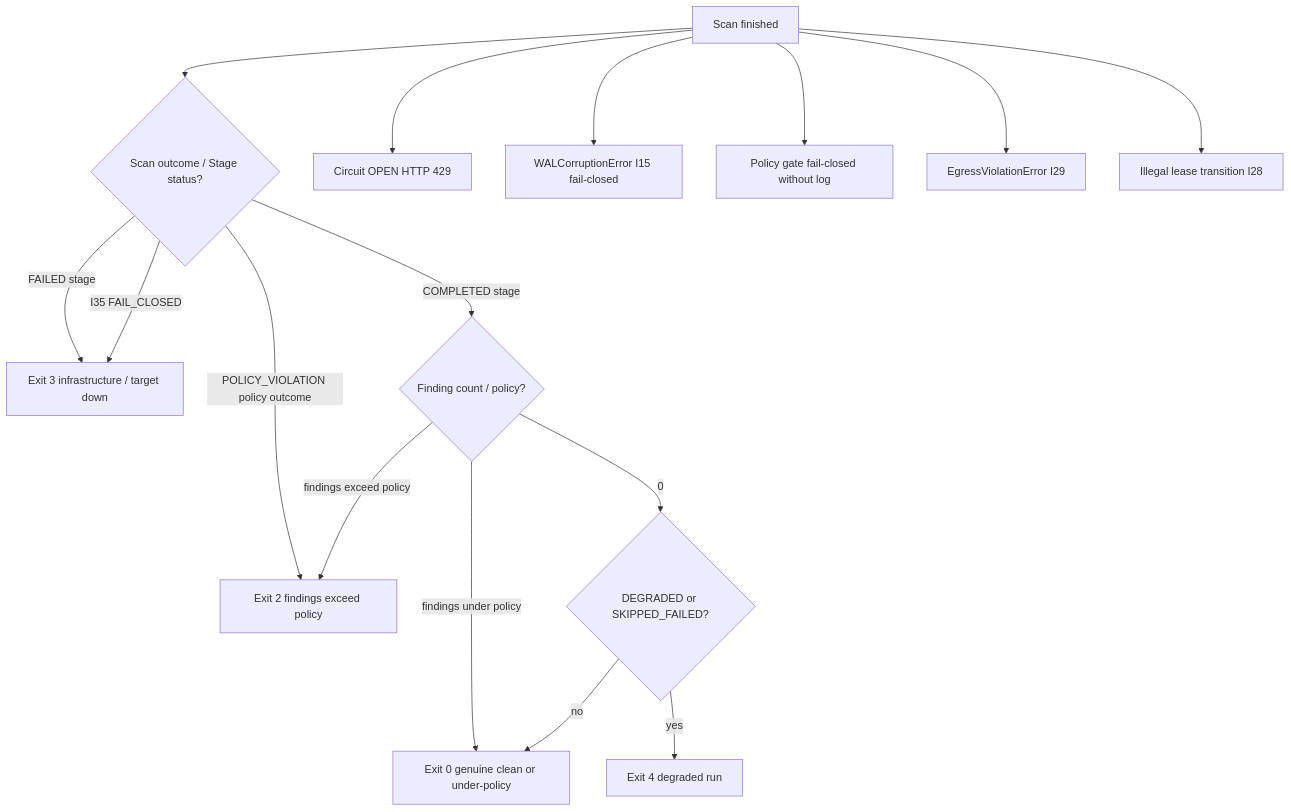
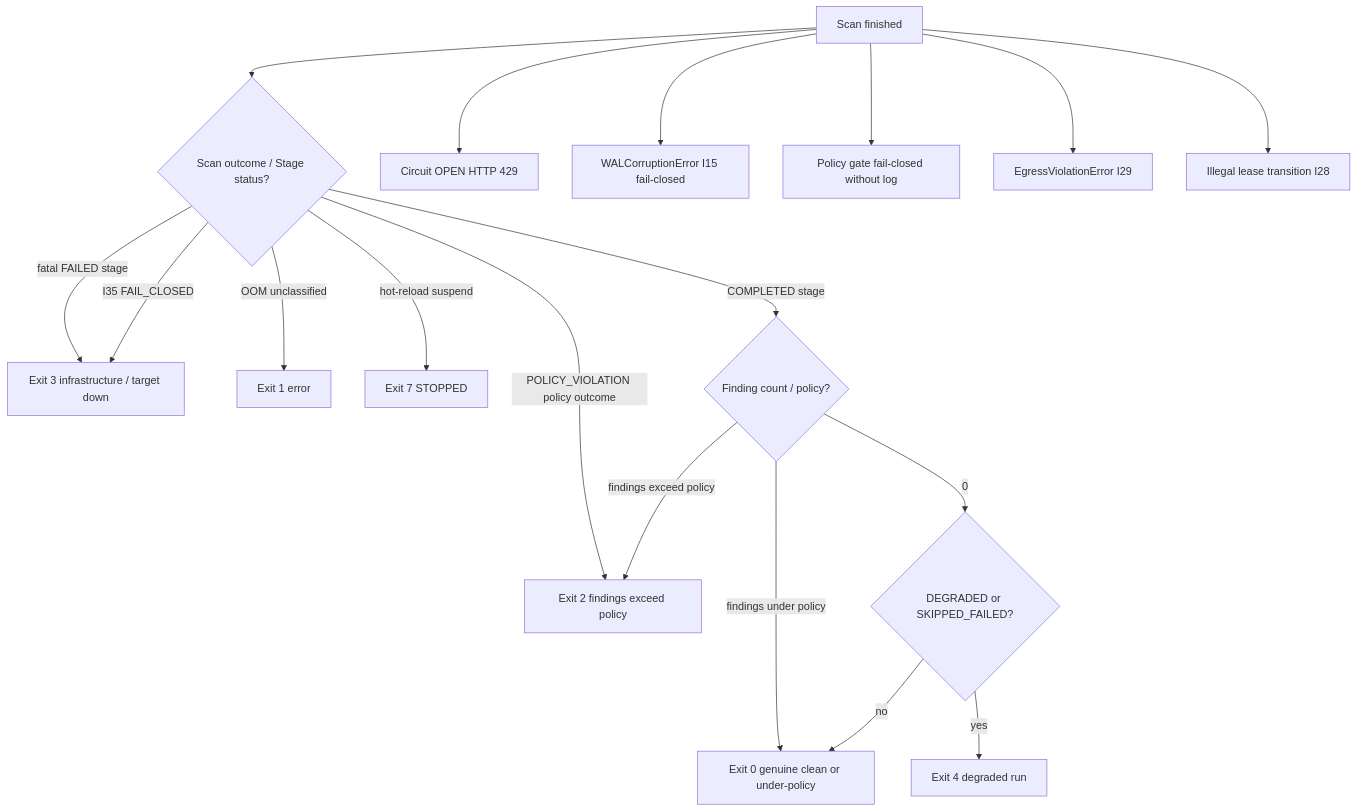
The ninth of 17 diagrams in docs/flowchart.md (AviralGup7/Singularity-Zero), drawn with Mermaid before and after one commit. The commit also changed other lines of this file, not shown here.

Commit message:
docs(flowchart): match lattice, I30 consume-before-run, I37 settle fence, live single-home

````diff
--- a/docs/flowchart.md
+++ b/docs/flowchart.md
@@ -362,18 +366,20 @@
 ```mermaid
 flowchart TD
     Run["Scan finished"] --> Q1{"Scan outcome / Stage status?"}
-    Q1 -->|FAILED stage| Infra["Exit 3 infrastructure / target down"]
+    Q1 -->|fatal FAILED stage| Infra["Exit 3 infrastructure / target down"]
+    Q1 -->|OOM unclassified| Err1["Exit 1 error"]
+    Q1 -->|hot-reload suspend| Susp["Exit 7 STOPPED"]
     Q1 -->|POLICY_VIOLATION policy outcome| Vuln["Exit 2 findings exceed policy"]
     Q1 -->|COMPLETED stage| Q2{"Finding count / policy?"}
     Q2 -->|findings under policy| Clean["Exit 0 genuine clean or under-policy"]
     Q2 -->|findings exceed policy| Vuln
     Q2 -->|0| Q3{"DEGRADED or SKIPPED_FAILED?"}
     Q3 -->|no| Clean
     Q3 -->|yes| Deg["Exit 4 degraded run"]
     Q1 -->|I35 FAIL_CLOSED| Infra
     Run --> CB["Circuit OPEN HTTP 429"]
     Run --> WAL["WALCorruptionError I15 fail-closed"]
     Run --> Pol["Policy gate fail-closed without log"]
     Run --> Egress["EgressViolationError I29"]
     Run --> Lease["Illegal lease transition I28"]
 ```
````
